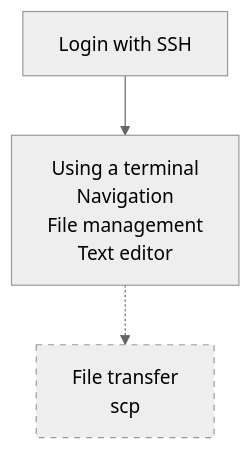
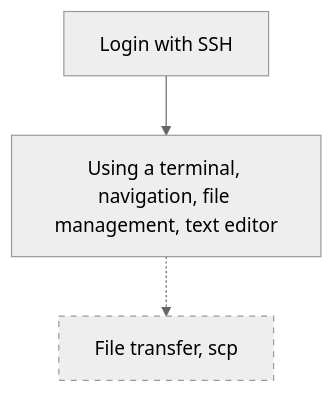
Before and after one commit to UPPMAX/uppmax_intro_day_1: the diagram in docs/sessions/introduction_terminal.md, drawn with Mermaid (neutral theme). The commit also changed 5 other files, not shown here.

````diff
--- a/docs/sessions/introduction_terminal.md
+++ b/docs/sessions/introduction_terminal.md
@@ -8,12 +8,12 @@
 ```mermaid
 flowchart TD
 
   classDef maybe_not_node stroke-dasharray: 5 5
 
   login_ssh[Login with SSH]
-  use_terminal[Using a terminal\nNavigation\nFile management\nText editor]
-  file_transfer_scp[File transfer\nscp]:::maybe_not_node
+  use_terminal[Using a terminal, navigation, file management, text editor]
+  file_transfer_scp[File transfer, scp]:::maybe_not_node
 
   login_ssh --> use_terminal
   use_terminal -.-> file_transfer_scp
 ```
````
